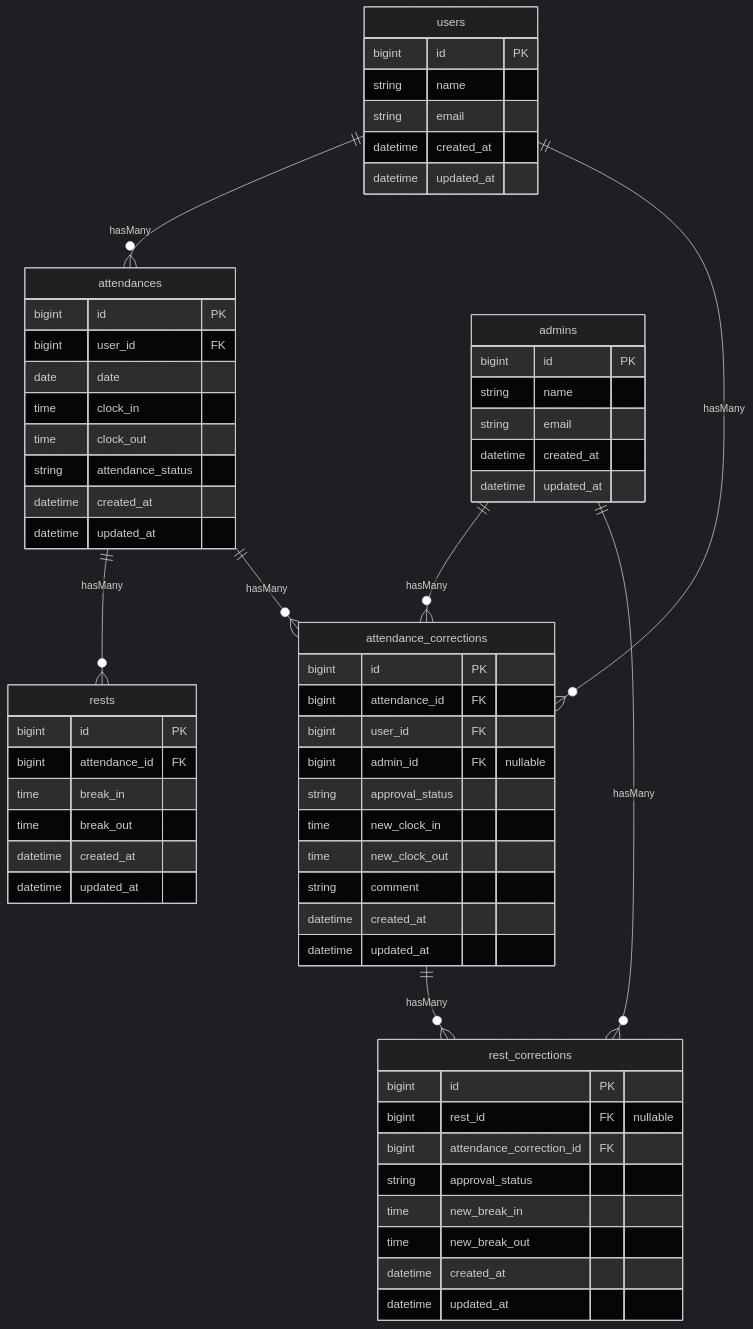
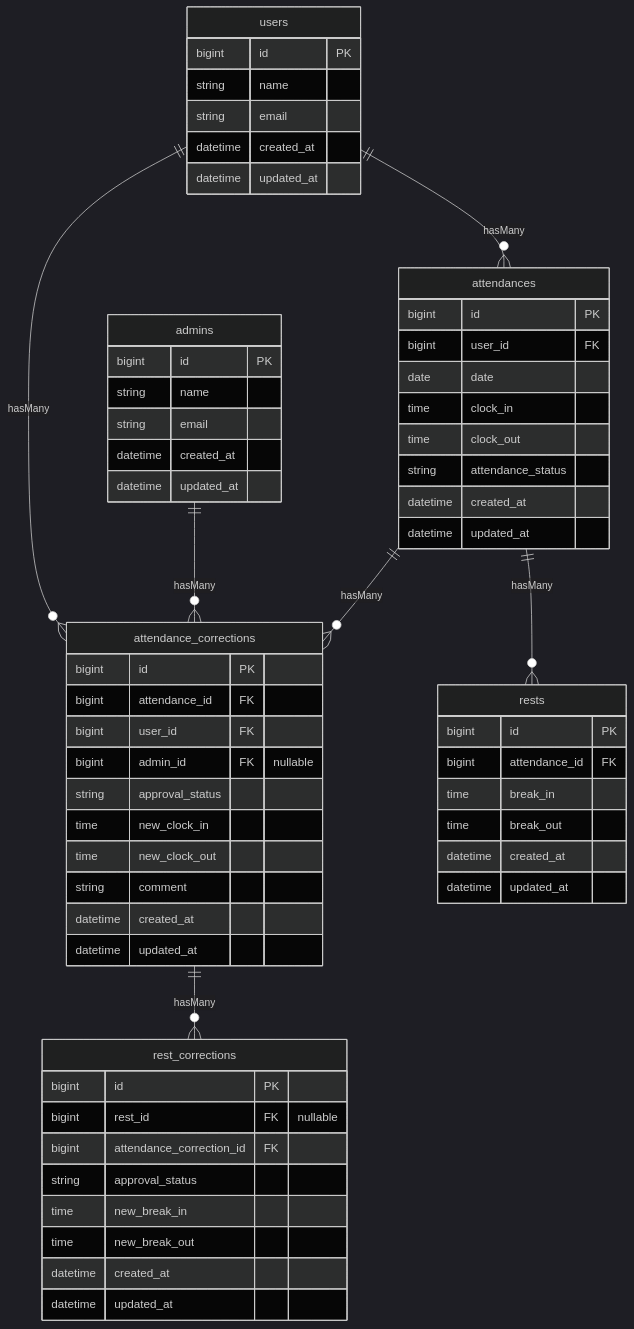
The diagram in README.md (yuna-genma/attendance-app), drawn with Mermaid (dark theme) before and after one commit.

Commit message:
REDME.md fixed

````diff
--- a/README.md
+++ b/README.md
@@ -9,74 +9,73 @@
 ```mermaid
     erDiagram
 
     users ||--o{ attendances : "hasMany"
     users ||--o{ attendance_corrections : "hasMany"
 
     admins ||--o{ attendance_corrections : "hasMany"
-    admins ||--o{ rest_corrections : "hasMany"
 
     attendances ||--o{ rests : "hasMany"
     attendances ||--o{ attendance_corrections : "hasMany"
 
     attendance_corrections ||--o{ rest_corrections : "hasMany"
 
     admins {
         bigint id PK
         string name
         string email
         datetime created_at
         datetime updated_at
     }
 
     users {
         bigint id PK
         string name
         string email
         datetime created_at
         datetime updated_at
     }
 
     attendances {
         bigint id PK
         bigint user_id FK
         date date
         time clock_in
         time clock_out
         string attendance_status
         datetime created_at
         datetime updated_at
     }
 
     rests {
         bigint id PK
         bigint attendance_id FK
         time break_in
         time break_out
         datetime created_at
         datetime updated_at
     }
 
     attendance_corrections {
         bigint id PK
         bigint attendance_id FK
         bigint user_id FK
         bigint admin_id FK "nullable"
         string approval_status
         time new_clock_in
         time new_clock_out
         string comment
         datetime created_at
         datetime updated_at
     }
 
     rest_corrections {
         bigint id PK
         bigint rest_id FK "nullable"
         bigint attendance_correction_id FK
         string approval_status
         time new_break_in
         time new_break_out
         datetime created_at
         datetime updated_at
     }
 ```
````
